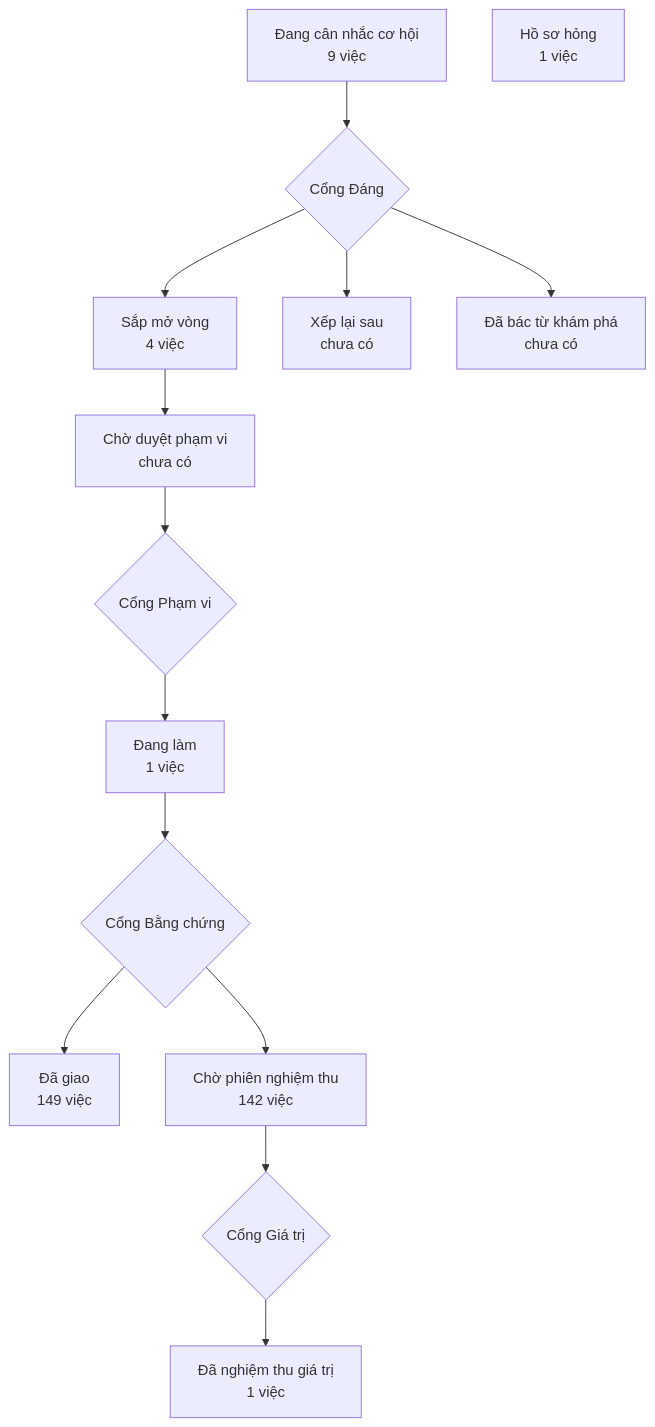
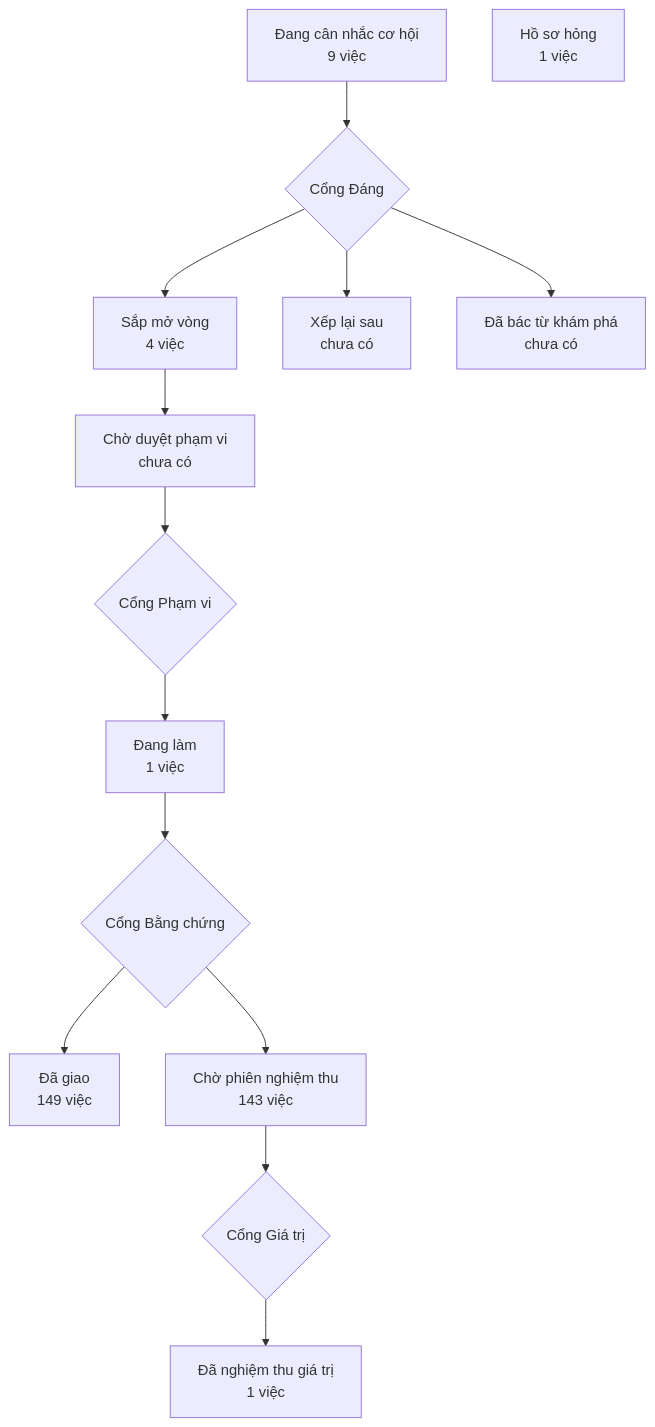
The diagram in PRODUCT-MAP.md (phanlemanh/crm-onehub), drawn with Mermaid before and after one commit. The commit also changed 1 other file, not shown here.

Commit message:
docs(product-map): vẽ lại sau ghim lại #472 (onehub 76e8fb2)

````diff
--- a/PRODUCT-MAP.md
+++ b/PRODUCT-MAP.md
@@ -7,13 +7,13 @@
 ```mermaid
 flowchart TD
   A["Đang cân nhắc cơ hội<br/>9 việc"] --> GD{"Cổng Đáng"}
   GD --> B["Sắp mở vòng<br/>4 việc"]
   GD --> XL["Xếp lại sau<br/>chưa có"]
   GD --> DB["Đã bác từ khám phá<br/>chưa có"]
   B --> CD["Chờ duyệt phạm vi<br/>chưa có"] --> GP{"Cổng Phạm vi"}
   GP --> DL["Đang làm<br/>1 việc"] --> GB{"Cổng Bằng chứng"}
   GB --> DG["Đã giao<br/>149 việc"]
-  GB --> CN["Chờ phiên nghiệm thu<br/>142 việc"] --> GG{"Cổng Giá trị"}
+  GB --> CN["Chờ phiên nghiệm thu<br/>143 việc"] --> GG{"Cổng Giá trị"}
   GG --> NT["Đã nghiệm thu giá trị<br/>1 việc"]
   HS["Hồ sơ hỏng<br/>1 việc"]
 ```
````
